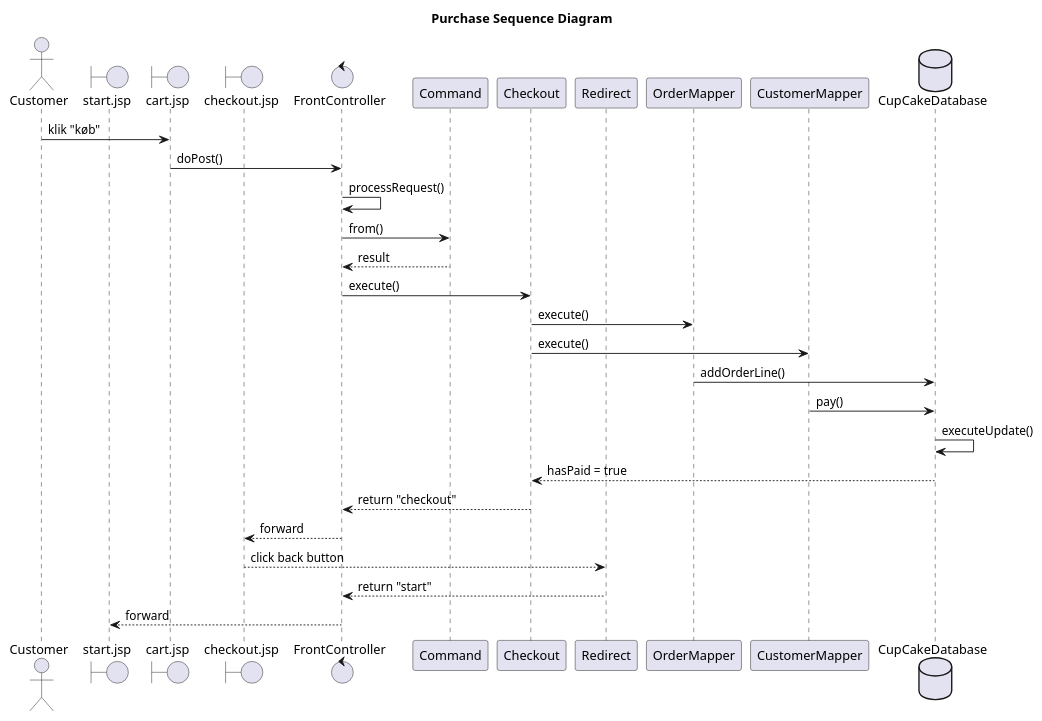
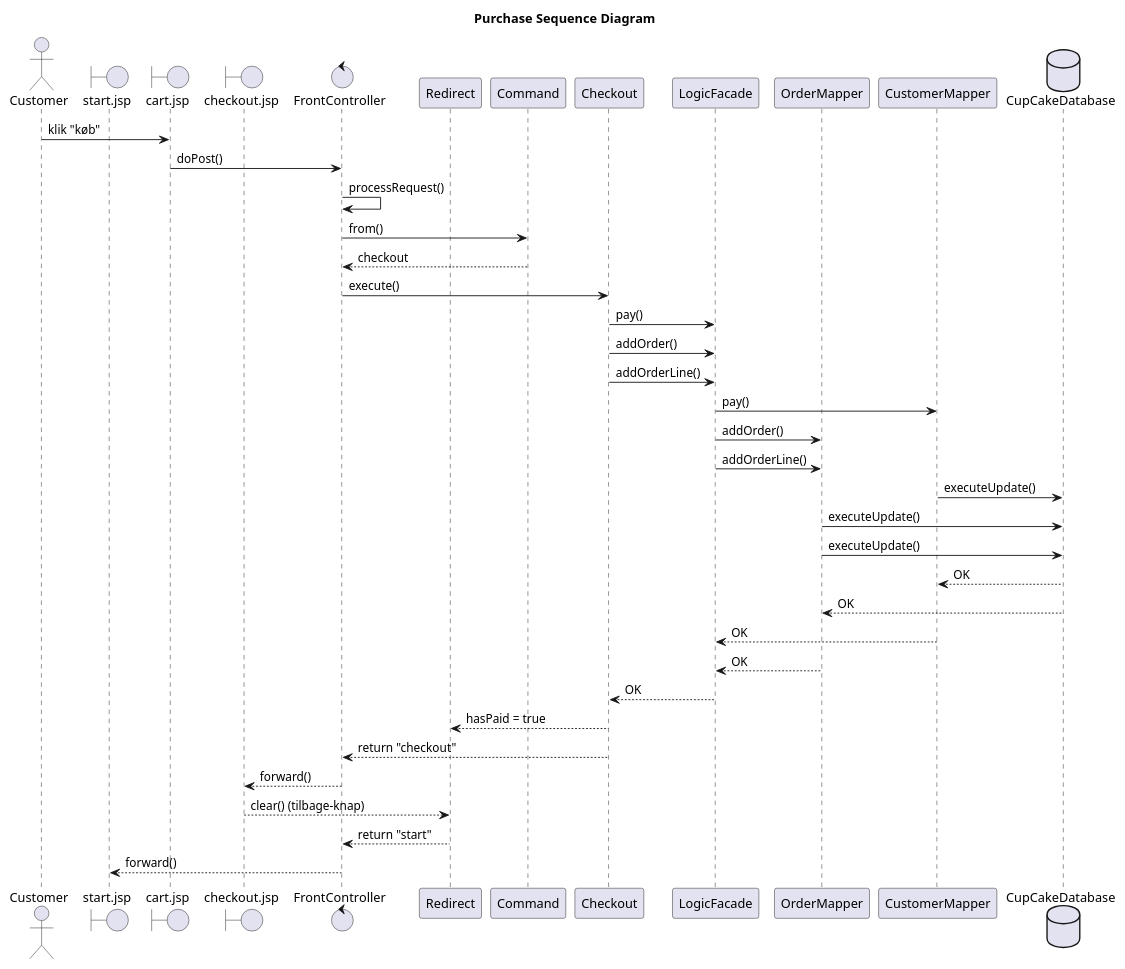
One commit to benskov95/Cupcake_Webshop changed the diagram in src/main/PlantUML Diagrams/Sequence Diagrams/Purchase Sequence Diagram.puml. Above: the diagram before and after it, drawn with PlantUML. The commit also changed 2 other files, not shown here.

Commit message:
Sekvensdiagrammer tilføjet

```diff
--- a/src/main/PlantUML Diagrams/Sequence Diagrams/Purchase Sequence Diagram.puml
+++ b/src/main/PlantUML Diagrams/Sequence Diagrams/Purchase Sequence Diagram.puml
@@ -1,32 +1,42 @@
 @startuml
 title Purchase Sequence Diagram
 actor Customer
 boundary start.jsp
 boundary cart.jsp
 boundary checkout.jsp
 control FrontController
+participant Redirect
 participant Command
 participant Checkout
-participant Redirect
+participant LogicFacade
 Participant OrderMapper
 Participant CustomerMapper
 Database CupCakeDatabase
 
 Customer -> cart.jsp : klik "køb"
 cart.jsp -> FrontController : doPost()
 FrontController -> FrontController : processRequest()
 FrontController -> Command : from()
-Command --> FrontController : result
+Command --> FrontController : checkout
 FrontController -> Checkout : execute()
-Checkout -> OrderMapper : execute()
-Checkout -> CustomerMapper : execute()
-OrderMapper -> CupCakeDatabase : addOrderLine()
-CustomerMapper -> CupCakeDatabase : pay()
-CupCakeDatabase -> CupCakeDatabase : executeUpdate()
-CupCakeDatabase --> Checkout : hasPaid = true
+Checkout -> LogicFacade : pay()
+Checkout -> LogicFacade : addOrder()
+Checkout -> LogicFacade : addOrderLine()
+LogicFacade -> CustomerMapper : pay()
+LogicFacade -> OrderMapper : addOrder()
+LogicFacade -> OrderMapper : addOrderLine()
+CustomerMapper -> CupCakeDatabase : executeUpdate()
+OrderMapper -> CupCakeDatabase : executeUpdate()
+OrderMapper -> CupCakeDatabase : executeUpdate()
+CupCakeDatabase --> CustomerMapper : OK
+CupCakeDatabase --> OrderMapper : OK
+CustomerMapper --> LogicFacade : OK
+OrderMapper --> LogicFacade : OK
+LogicFacade --> Checkout : OK
+Checkout --> Redirect : hasPaid = true
 Checkout --> FrontController : return "checkout"
-FrontController --> checkout.jsp : forward
-checkout.jsp --> Redirect : click back button
+FrontController --> checkout.jsp : forward()
+checkout.jsp --> Redirect : clear() (tilbage-knap)
 Redirect --> FrontController : return "start"
-FrontController --> start.jsp : forward
+FrontController --> start.jsp : forward()
 @enduml
```
